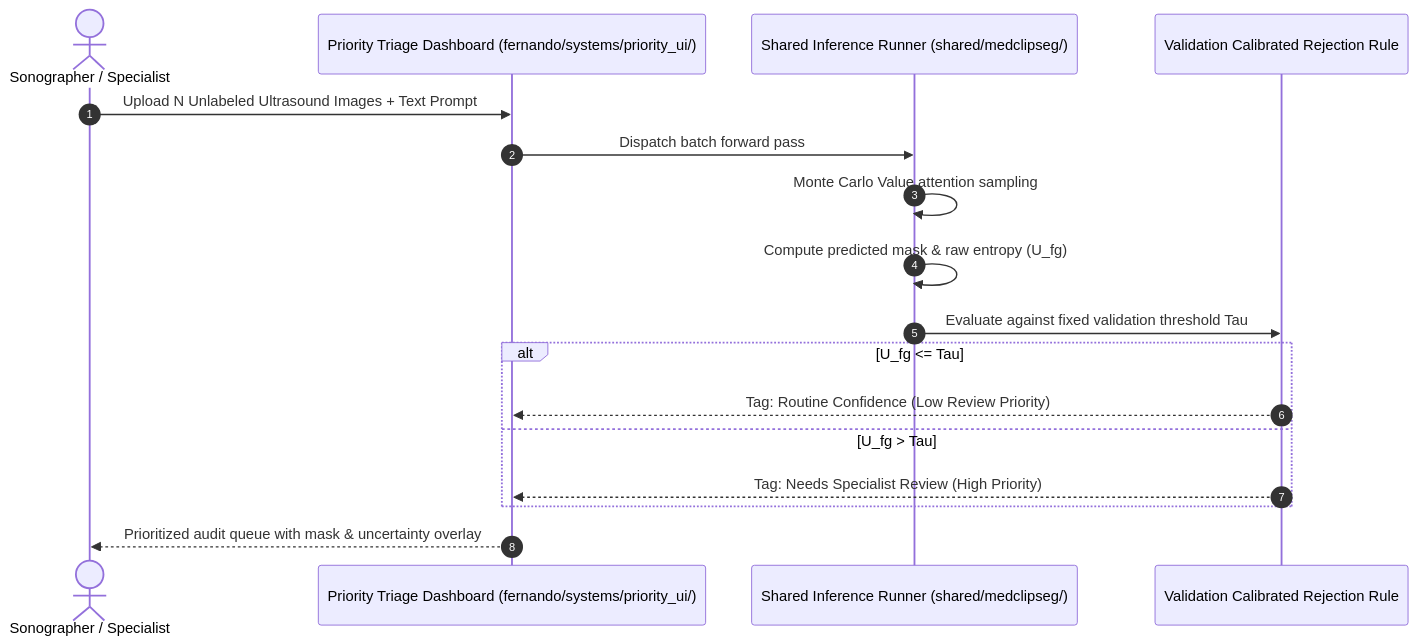
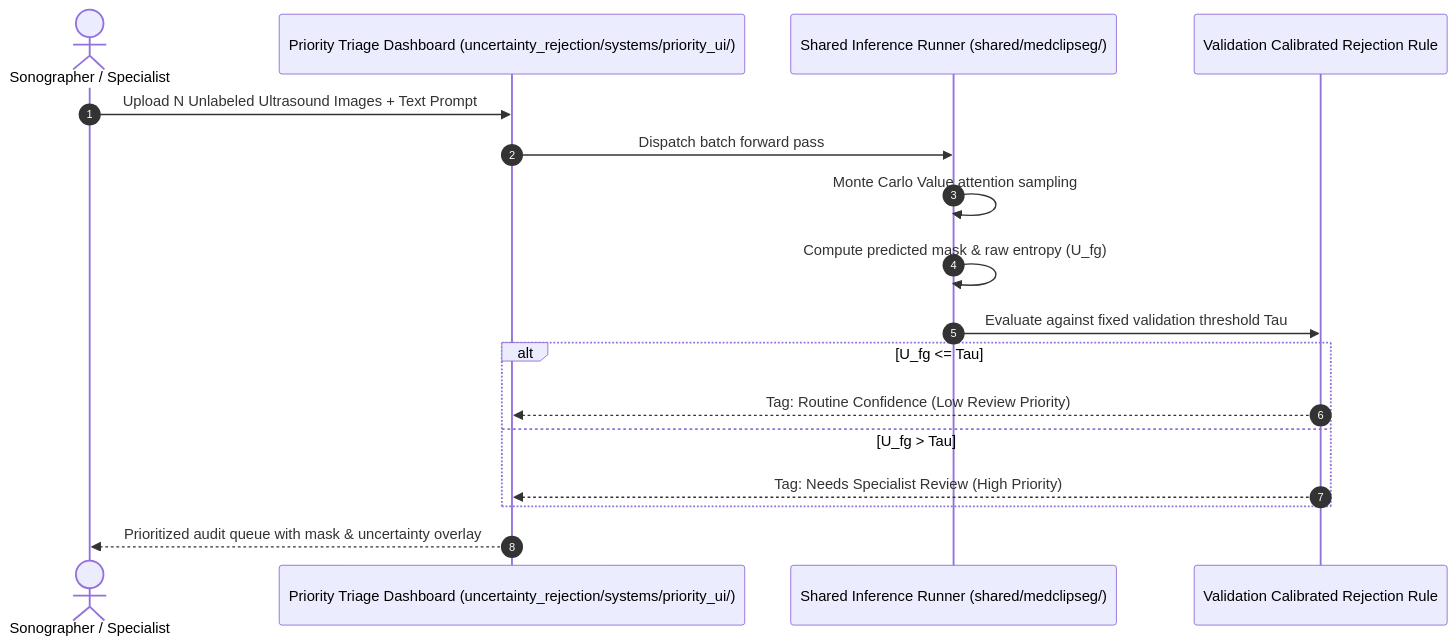
Before and after one commit to Fergarciamedina/MedCLIPSeg-plus-plus: the fourth of 6 diagrams in docs/architecture.md, drawn with Mermaid. The commit also changed other lines of this file and 28 other files, not shown here.

Commit message:
feat(architecture): rename workstreams to research contributions (uncertainty_rejection, prompt_robustness)

````diff
--- a/docs/architecture.md
+++ b/docs/architecture.md
@@ -123,20 +123,20 @@
 ```mermaid
 sequenceDiagram
     autonumber
     actor Clinician as Sonographer / Specialist
-    participant UI as Priority Triage Dashboard (fernando/systems/priority_ui/)
+    participant UI as Priority Triage Dashboard (uncertainty_rejection/systems/priority_ui/)
     participant Backend as Shared Inference Runner (shared/medclipseg/)
     participant Filter as Validation Calibrated Rejection Rule
 
     Clinician->>UI: Upload N Unlabeled Ultrasound Images + Text Prompt
     UI->>Backend: Dispatch batch forward pass
     Backend->>Backend: Monte Carlo Value attention sampling
     Backend->>Backend: Compute predicted mask & raw entropy (U_fg)
     Backend->>Filter: Evaluate against fixed validation threshold Tau
     alt U_fg <= Tau
         Filter-->>UI: Tag: Routine Confidence (Low Review Priority)
     else U_fg > Tau
         Filter-->>UI: Tag: Needs Specialist Review (High Priority)
     end
     UI-->>Clinician: Prioritized audit queue with mask & uncertainty overlay
 ```
````
